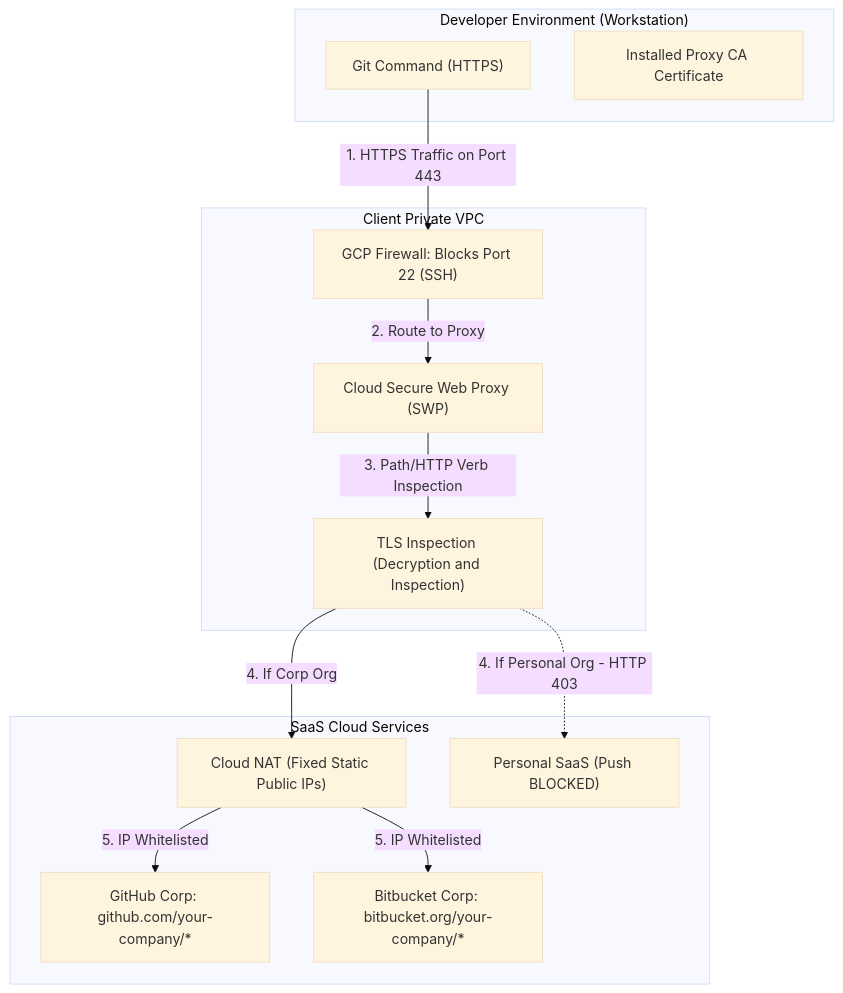
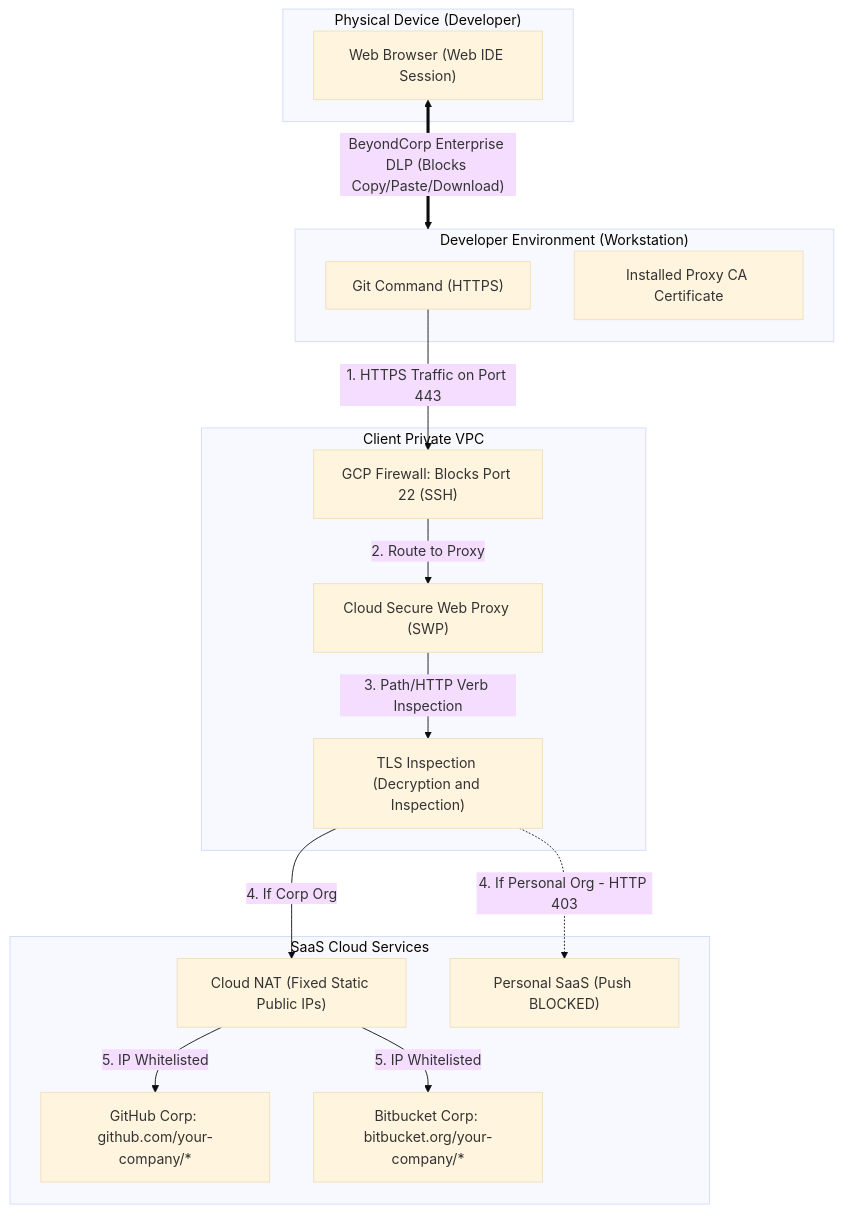
The diagram in docs/security_networking_best_practices_en.md (sahvieirag/cloud-workstations-custom), drawn with Mermaid (base theme) before and after one commit. The commit also changed other lines of this file and 9 other files, not shown here.

````diff
--- a/docs/security_networking_best_practices_en.md
+++ b/docs/security_networking_best_practices_en.md
@@ -11,28 +11,36 @@
 ```mermaid
 graph TD
+    subgraph Physical_Device ["Physical Device (Developer)"]
+        UserBrowser["Web Browser (Web IDE Session)"]
+    end
+
     subgraph Container_Workstation ["Developer Environment (Workstation)"]
         Git["Git Command (HTTPS)"]
         CA["Installed Proxy CA Certificate"]
     end
 
     subgraph VPC_GCP ["Client Private VPC"]
         FW["GCP Firewall: Blocks Port 22 (SSH)"]
         SWP["Cloud Secure Web Proxy (SWP)"]
         TLS["TLS Inspection (Decryption and Inspection)"]
     end
 
     subgraph Internet_SaaS ["SaaS Cloud Services"]
         NAT["Cloud NAT (Fixed Static Public IPs)"]
         GitHubCorp["GitHub Corp: github.com/your-company/*"]
         BitbucketCorp["Bitbucket Corp: bitbucket.org/your-company/*"]
         PersonalSaaS["Personal SaaS (Push BLOCKED)"]
     end
 
+    %% BeyondCorp DLP
+    UserBrowser <== "BeyondCorp Enterprise DLP (Blocks Copy/Paste/Download)" ==> Container_Workstation
+
+    %% Git Flow
     Git -->|1. HTTPS Traffic on Port 443| FW
     FW -->|2. Route to Proxy| SWP
     SWP -->|3. Path/HTTP Verb Inspection| TLS
     TLS -->|4. If Corp Org| NAT
     TLS -.->|4. If Personal Org - HTTP 403| PersonalSaaS
     NAT -->|5. IP Whitelisted| GitHubCorp
     NAT -->|5. IP Whitelisted| BitbucketCorp
 ```
````
